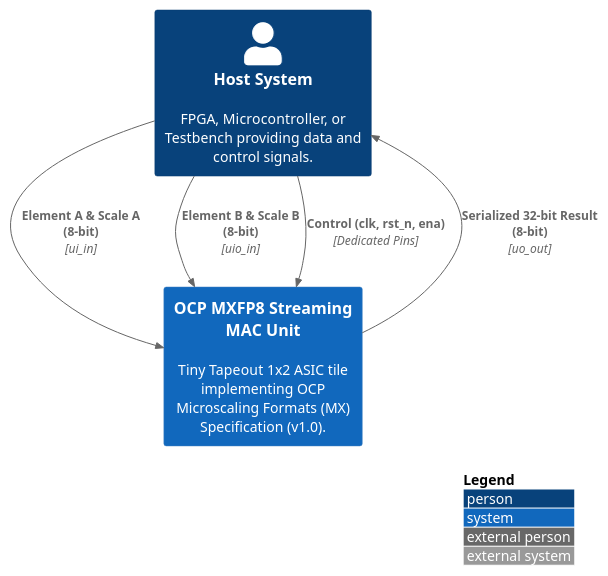
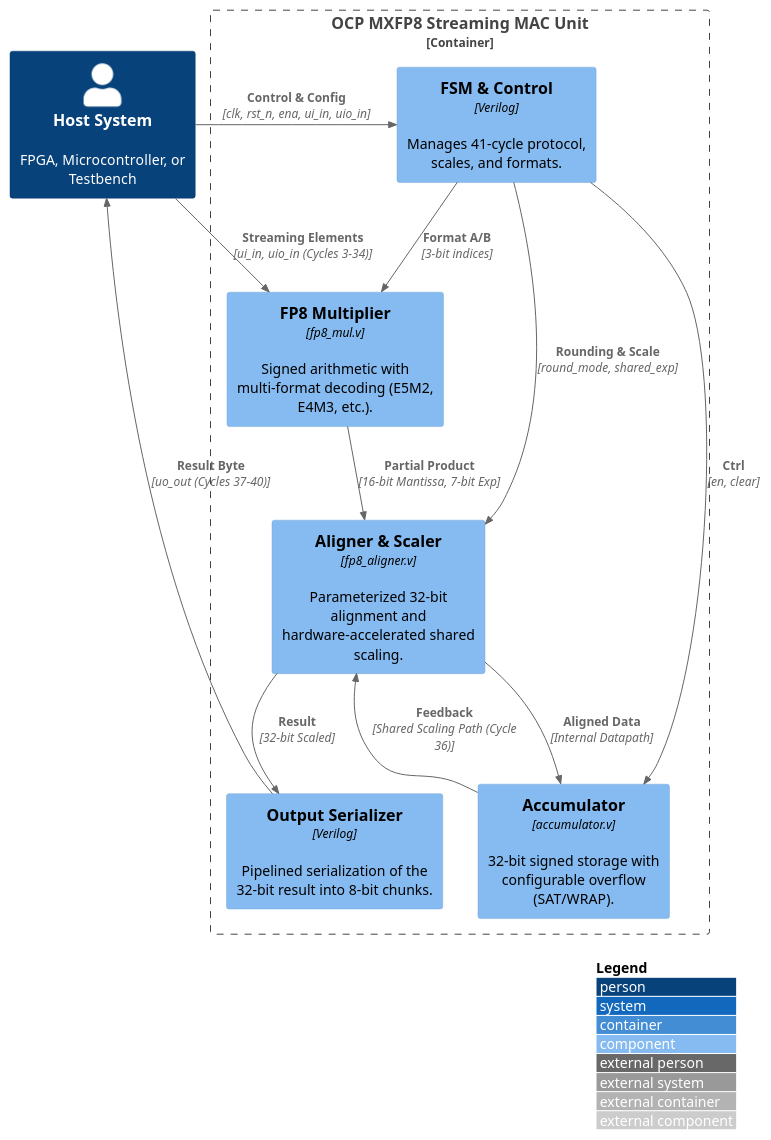
One commit to chatelao/ttihp-fp8-mul changed the diagram in documentation/CONTEXT_DIAGRAM.PUML. Above: the diagram before and after it, drawn with PlantUML.

Commit message:
docs: enhance system context diagram with internal details
Updated documentation/CONTEXT_DIAGRAM.PUML to transition from a high-level C4 Context diagram to a detailed C4 Component diagram. The new diagram illustrates the internal architectural blocks of the Streaming MAC unit, including the FSM, Multiplier, Aligner, Accumulator, and Serializer, along with their interconnects.

```diff
--- a/documentation/CONTEXT_DIAGRAM.PUML
+++ b/documentation/CONTEXT_DIAGRAM.PUML
@@ -1,14 +1,29 @@
 @startuml CONTEXT_DIAGRAM
-!include https://raw.githubusercontent.com/plantuml-stdlib/C4-PlantUML/master/C4_Context.puml
+!include https://raw.githubusercontent.com/plantuml-stdlib/C4-PlantUML/master/C4_Component.puml
 
 LAYOUT_WITH_LEGEND()
 
-Person(host, "Host System", "FPGA, Microcontroller, or Testbench providing data and control signals.")
-System(mac_unit, "OCP MXFP8 Streaming MAC Unit", "Tiny Tapeout 1x2 ASIC tile implementing OCP Microscaling Formats (MX) Specification (v1.0).")
+Person(host, "Host System", "FPGA, Microcontroller, or Testbench")
 
-Rel(host, mac_unit, "Element A & Scale A (8-bit)", "ui_in")
-Rel(host, mac_unit, "Element B & Scale B (8-bit)", "uio_in")
-Rel(host, mac_unit, "Control (clk, rst_n, ena)", "Dedicated Pins")
-Rel(mac_unit, host, "Serialized 32-bit Result (8-bit)", "uo_out")
+Container_Boundary(mac_unit, "OCP MXFP8 Streaming MAC Unit") {
+    Component(fsm, "FSM & Control", "Verilog", "Manages 41-cycle protocol, scales, and formats.")
+    Component(mul, "FP8 Multiplier", "fp8_mul.v", "Signed arithmetic with multi-format decoding (E5M2, E4M3, etc.).")
+    Component(aligner, "Aligner & Scaler", "fp8_aligner.v", "Parameterized 32-bit alignment and hardware-accelerated shared scaling.")
+    Component(acc, "Accumulator", "accumulator.v", "32-bit signed storage with configurable overflow (SAT/WRAP).")
+    Component(serial, "Output Serializer", "Verilog", "Pipelined serialization of the 32-bit result into 8-bit chunks.")
+}
+
+Rel(host, fsm, "Control & Config", "clk, rst_n, ena, ui_in, uio_in")
+Rel(host, mul, "Streaming Elements", "ui_in, uio_in (Cycles 3-34)")
+
+Rel(fsm, mul, "Format A/B", "3-bit indices")
+Rel(fsm, aligner, "Rounding & Scale", "round_mode, shared_exp")
+Rel(fsm, acc, "Ctrl", "en, clear")
+
+Rel(mul, aligner, "Partial Product", "16-bit Mantissa, 7-bit Exp")
+Rel(aligner, acc, "Aligned Data", "Internal Datapath")
+Rel(acc, aligner, "Feedback", "Shared Scaling Path (Cycle 36)")
+Rel(aligner, serial, "Result", "32-bit Scaled")
+Rel(serial, host, "Result Byte", "uo_out (Cycles 37-40)")
 
 @enduml
```
